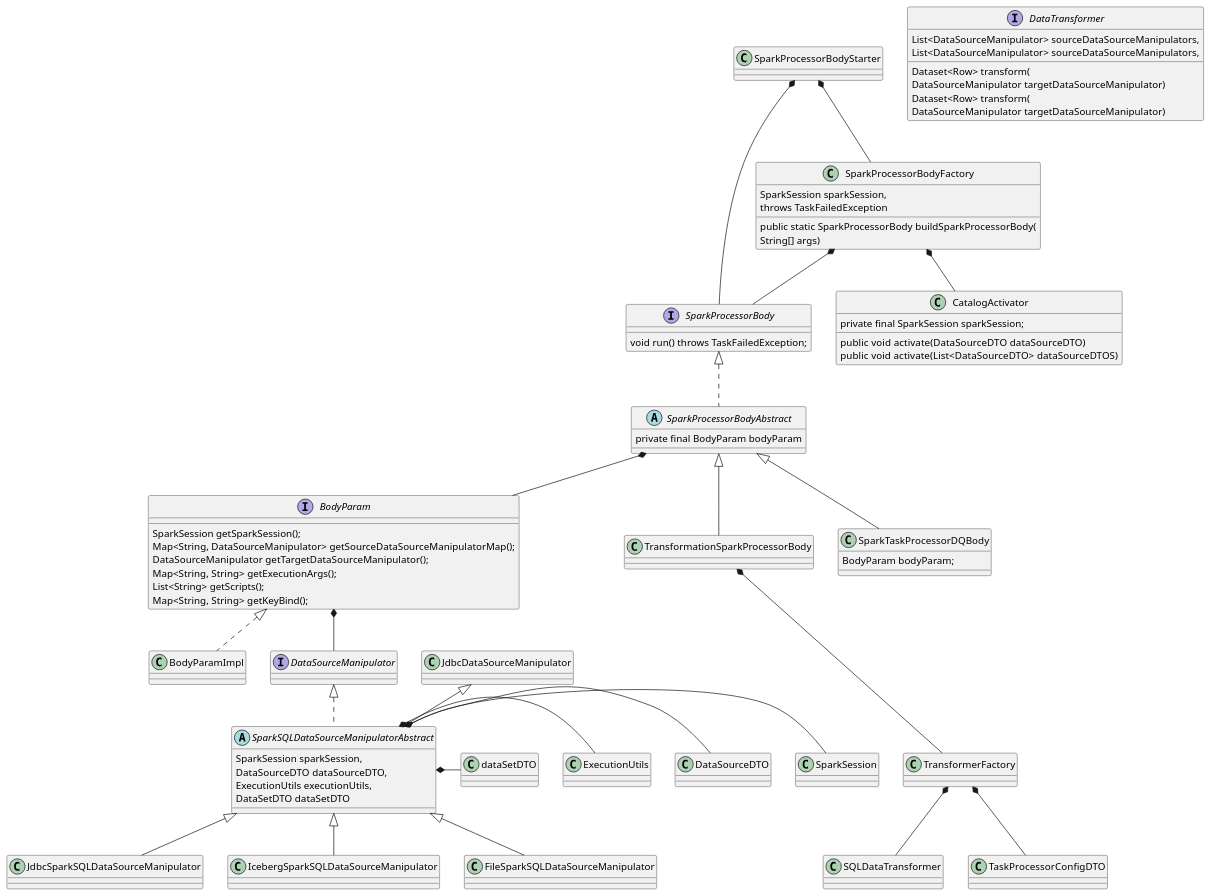
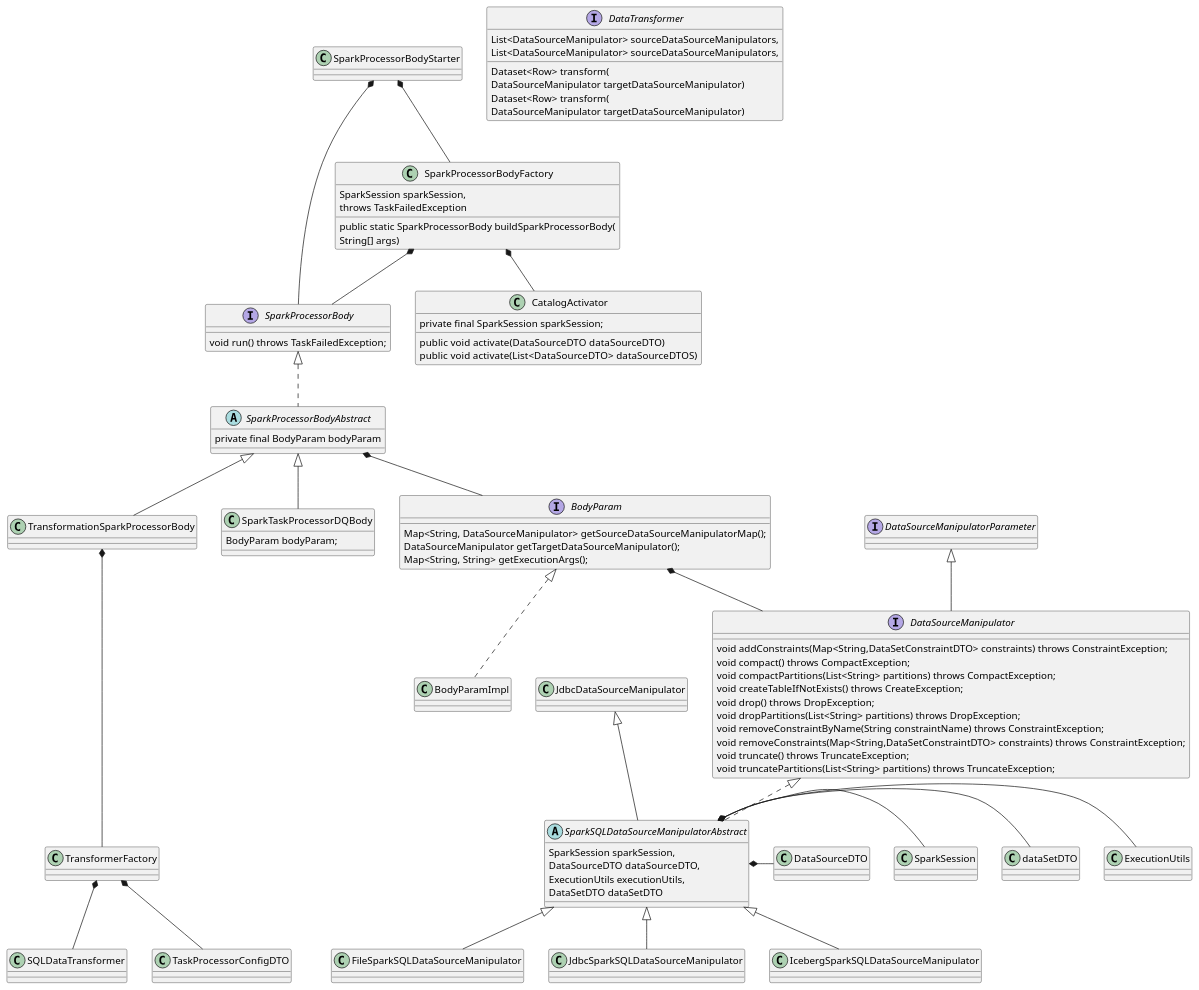
One commit to zaytsevdmitry/lakehouse changed the diagram in lakehouse-task-spark-apps/doc/uml/BodyRun.puml. Above: the diagram before and after it, drawn with PlantUML. The commit also changed 266 other files, not shown here.

```diff
--- a/lakehouse-task-spark-apps/doc/uml/BodyRun.puml
+++ b/lakehouse-task-spark-apps/doc/uml/BodyRun.puml
@@ -1,80 +1,86 @@
 @startuml
 class SparkProcessorBodyStarter
 class SparkProcessorBodyFactory{
 public static SparkProcessorBody buildSparkProcessorBody(
             SparkSession sparkSession,
             String[] args)
             throws TaskFailedException
 }
 interface SparkProcessorBody{
  void run() throws TaskFailedException;
 }
 interface BodyParam {
-
-    SparkSession getSparkSession();
     Map<String, DataSourceManipulator> getSourceDataSourceManipulatorMap();
     DataSourceManipulator getTargetDataSourceManipulator();
     Map<String, String> getExecutionArgs();
-    List<String> getScripts();
-    Map<String, String> getKeyBind();
-
-
 }
 class BodyParamImpl implements BodyParam
 
 SparkProcessorBodyStarter *-- SparkProcessorBodyFactory
 SparkProcessorBodyStarter *-- SparkProcessorBody
 SparkProcessorBodyFactory *-- SparkProcessorBody
 
 abstract class SparkProcessorBodyAbstract implements SparkProcessorBody{
 private final BodyParam bodyParam
 }
 SparkProcessorBodyAbstract *-- BodyParam
 class TransformationSparkProcessorBody extends SparkProcessorBodyAbstract
 class SparkTaskProcessorDQBody extends SparkProcessorBodyAbstract{
     BodyParam bodyParam;
 }
 class CatalogActivator{
 private final SparkSession sparkSession;
     public  void activate(DataSourceDTO dataSourceDTO)
     public  void activate(List<DataSourceDTO> dataSourceDTOS)
 }
 SparkProcessorBodyFactory *--CatalogActivator
 '-------------------------------------
 ' DataSourceManipulator
 '-------------------------------------
-interface DataSourceManipulator
+interface DataSourceManipulator extends DataSourceManipulatorParameter {
+
+    void addConstraints(Map<String,DataSetConstraintDTO> constraints) throws ConstraintException;
+    void compact() throws CompactException;
+    void compactPartitions(List<String> partitions) throws CompactException;
+    void createTableIfNotExists() throws CreateException;
+    void drop() throws DropException;
+    void dropPartitions(List<String> partitions) throws DropException;
+    void removeConstraintByName(String constraintName) throws ConstraintException;
+    void removeConstraints(Map<String,DataSetConstraintDTO> constraints) throws ConstraintException;
+    void truncate() throws TruncateException;
+    void truncatePartitions(List<String> partitions) throws TruncateException;
+}
 class SparkSession
 class JdbcSparkSQLDataSourceManipulator extends SparkSQLDataSourceManipulatorAbstract
 abstract class SparkSQLDataSourceManipulatorAbstract extends JdbcDataSourceManipulator implements DataSourceManipulator{
 SparkSession sparkSession,
             DataSourceDTO dataSourceDTO,
             ExecutionUtils executionUtils,
             DataSetDTO dataSetDTO
 }
 
 SparkSQLDataSourceManipulatorAbstract *- SparkSession
 SparkSQLDataSourceManipulatorAbstract *- DataSourceDTO
 SparkSQLDataSourceManipulatorAbstract *- ExecutionUtils
 SparkSQLDataSourceManipulatorAbstract *- dataSetDTO
 
 class IcebergSparkSQLDataSourceManipulator extends SparkSQLDataSourceManipulatorAbstract
 class FileSparkSQLDataSourceManipulator extends SparkSQLDataSourceManipulatorAbstract
 '-------------------------------------
 ' END DataSourceManipulator
-'-------------------------------------
+'--------------------------------------
 BodyParam *-- DataSourceManipulator
 TransformationSparkProcessorBody *--- TransformerFactory
 interface DataTransformer{
 Dataset<Row> transform(
 List<DataSourceManipulator> sourceDataSourceManipulators,
 DataSourceManipulator targetDataSourceManipulator)
 }
 TransformerFactory *-- SQLDataTransformer
 TransformerFactory *-- TaskProcessorConfigDTO
 interface DataTransformer{
 Dataset<Row> transform(
 List<DataSourceManipulator> sourceDataSourceManipulators,
 DataSourceManipulator targetDataSourceManipulator)
 }
 @enduml
```
